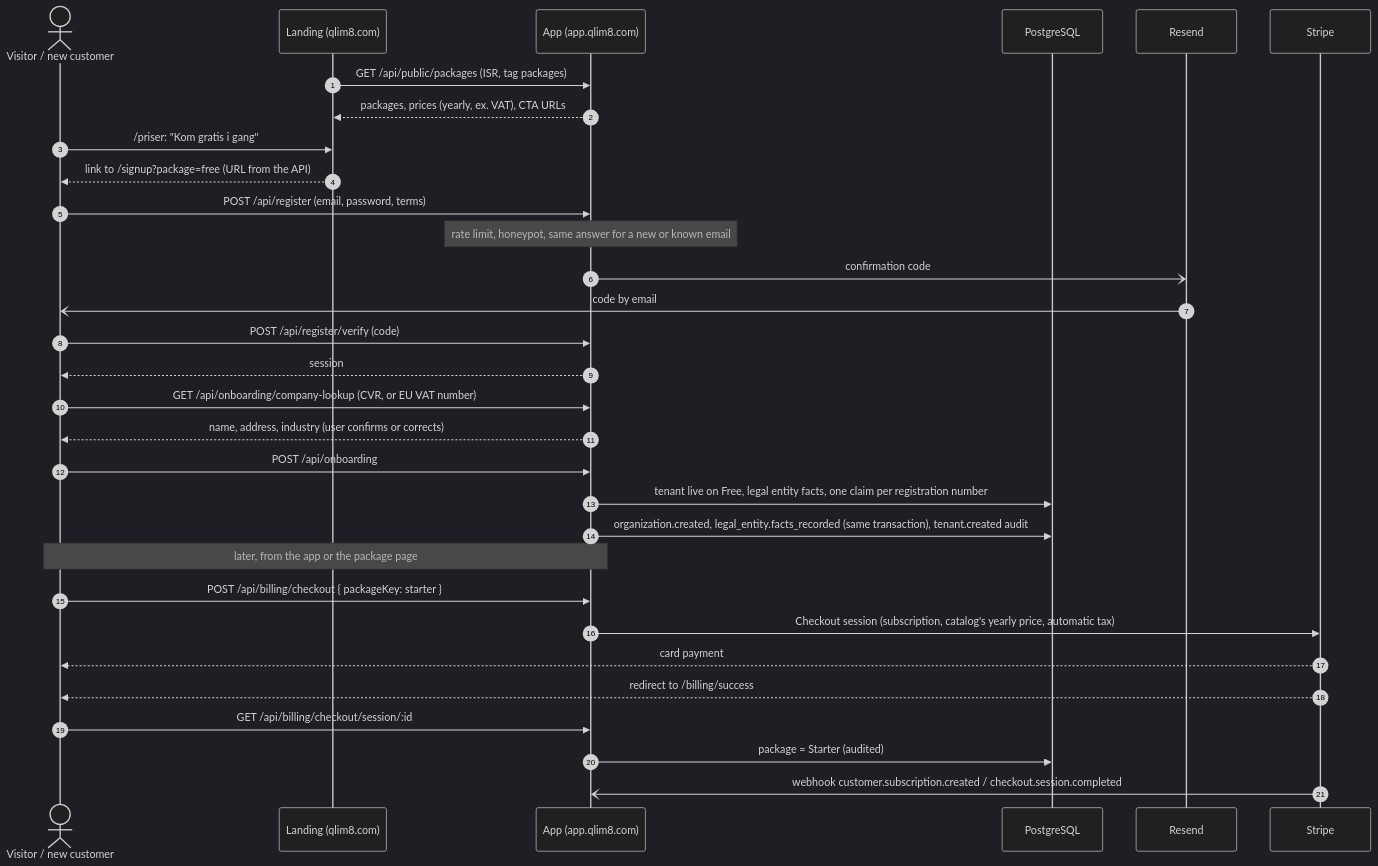
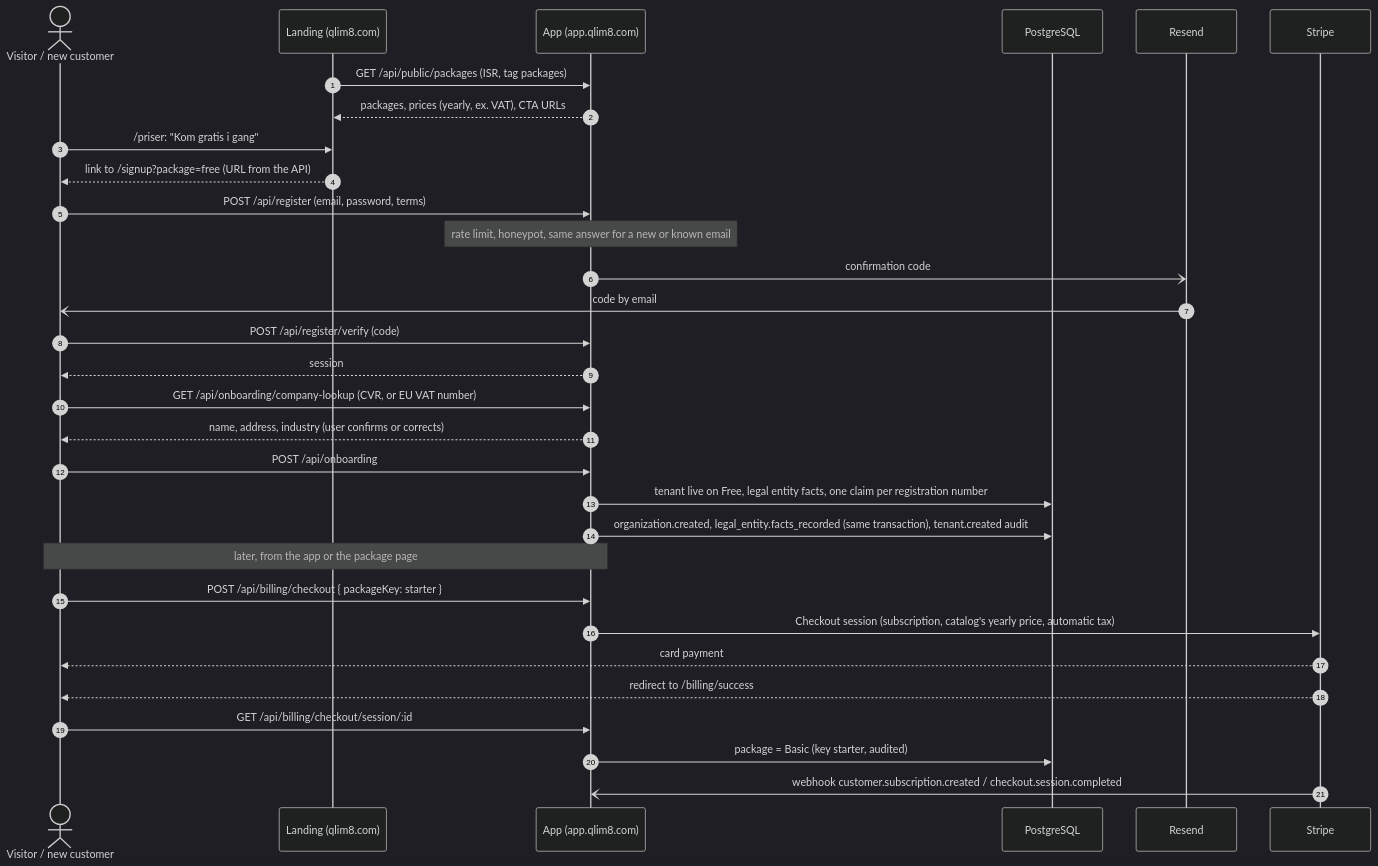
Before and after one commit to madsdlund-nielsen/qlim8-landing: the diagram in docs/diagrams/mmd/11-seq-self-serve-signup.mmd, drawn with Mermaid (dark theme). The commit also changed 40 other files, not shown here.

First line of the commit message:
Rename the packages: Gratis, Basis, Udvidet, Komplet, Koncern

```diff
--- a/docs/diagrams/mmd/11-seq-self-serve-signup.mmd
+++ b/docs/diagrams/mmd/11-seq-self-serve-signup.mmd
@@ -1,37 +1,37 @@
 %% qlim8, Self-serve signup and purchase (Diagram 11). Once the app's catalog
 %% sells something by itself: the visitor starts on Free from the package page and
-%% may buy Starter or Premium later. The landing only links; the account, the
-%% company lookup and the payment are the app's. Business and Enterprise stay on
-%% the demo path (Diagram 8) and are invoiced.
+%% may buy Basic or Comprehensive later (Danish site names: Basis, Udvidet).
+%% The landing only links; the account, the company lookup and the payment are
+%% the app's. Complete and Enterprise stay on the demo path (Diagram 8) and are invoiced.
 sequenceDiagram
   autonumber
   actor V as Visitor / new customer
   participant L as Landing (qlim8.com)
   participant A as App (app.qlim8.com)
   participant DB as PostgreSQL
   participant R as Resend
   participant S as Stripe
 
   L->>A: GET /api/public/packages (ISR, tag packages)
   A-->>L: packages, prices (yearly, ex. VAT), CTA URLs
   V->>L: /priser: "Kom gratis i gang"
   L-->>V: link to /signup?package=free (URL from the API)
   V->>A: POST /api/register (email, password, terms)
   Note over A: rate limit, honeypot, same answer for a new or known email
   A-)R: confirmation code
   R-)V: code by email
   V->>A: POST /api/register/verify (code)
   A-->>V: session
   V->>A: GET /api/onboarding/company-lookup (CVR, or EU VAT number)
   A-->>V: name, address, industry (user confirms or corrects)
   V->>A: POST /api/onboarding
   A->>DB: tenant live on Free, legal entity facts, one claim per registration number
   A->>DB: organization.created, legal_entity.facts_recorded (same transaction), tenant.created audit
   Note over V,A: later, from the app or the package page
   V->>A: POST /api/billing/checkout { packageKey: starter }
   A->>S: Checkout session (subscription, catalog's yearly price, automatic tax)
   S-->>V: card payment
   S-->>V: redirect to /billing/success
   V->>A: GET /api/billing/checkout/session/:id
-  A->>DB: package = Starter (audited)
+  A->>DB: package = Basic (key starter, audited)
   S-)A: webhook customer.subscription.created / checkout.session.completed
```
